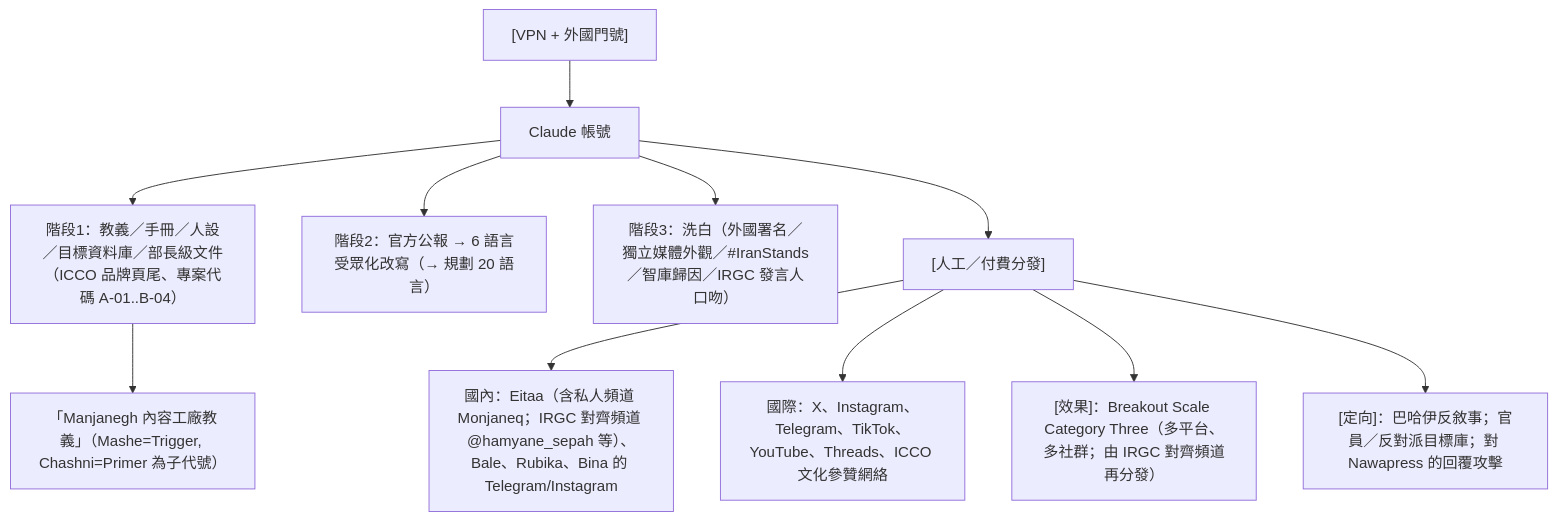
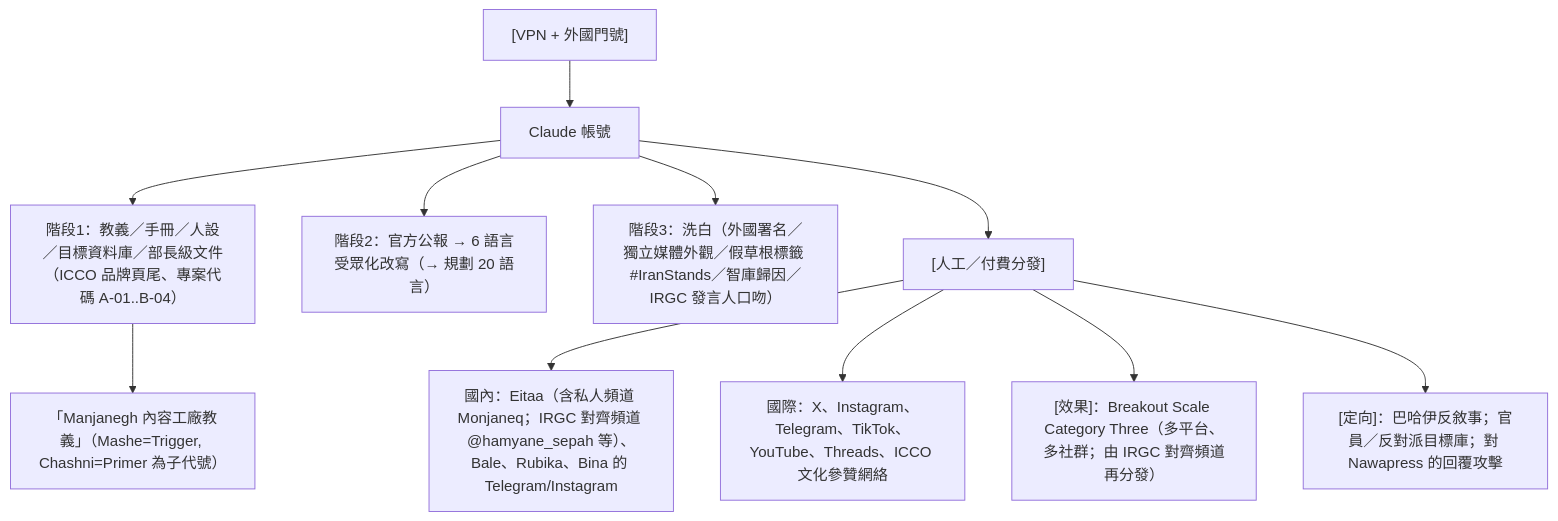
Before and after one commit to jack51706/ai-misuse-threat-intel-course: the first of 7 diagrams in course/02-influence/GTG-34001-iran-icco.md, drawn with Mermaid. The commit also changed 18 other files, not shown here.

First line of the commit message:
docs(course): 全課稽核深化 — 13 案例補齊被壓成一句話的機制，並修一處圖表判讀

````diff
--- a/course/02-influence/GTG-34001-iran-icco.md
+++ b/course/02-influence/GTG-34001-iran-icco.md
@@ -399,13 +399,13 @@
 ```mermaid
 flowchart TB
     VPN["[VPN + 外國門號]"] --> CLAUDE["Claude 帳號"]
     CLAUDE --> S1["階段1：教義／手冊／人設／目標資料庫／部長級文件（ICCO 品牌頁尾、專案代碼 A-01..B-04）"]
     S1 --> S1B["「Manjanegh 內容工廠教義」（Mashe=Trigger, Chashni=Primer 為子代號）"]
     CLAUDE --> S2["階段2：官方公報 → 6 語言受眾化改寫（→ 規劃 20 語言）"]
-    CLAUDE --> S3["階段3：洗白（外國署名／獨立媒體外觀／#35;IranStands／智庫歸因／IRGC 發言人口吻）"]
+    CLAUDE --> S3["階段3：洗白（外國署名／獨立媒體外觀／假草根標籤 #IranStands／智庫歸因／IRGC 發言人口吻）"]
     CLAUDE --> DIST["[人工／付費分發]"]
     DIST --> DOM["國內：Eitaa（含私人頻道 Monjaneq；IRGC 對齊頻道 @hamyane_sepah 等）、Bale、Rubika、Bina 的 Telegram/Instagram"]
     DIST --> INTL["國際：X、Instagram、Telegram、TikTok、YouTube、Threads、ICCO 文化參贊網絡"]
     DIST --> EFFECT["[效果]：Breakout Scale Category Three（多平台、多社群；由 IRGC 對齊頻道再分發）"]
     DIST --> TARGET["[定向]：巴哈伊反敘事；官員／反對派目標庫；對 Nawapress 的回覆攻擊"]
 ```
````
